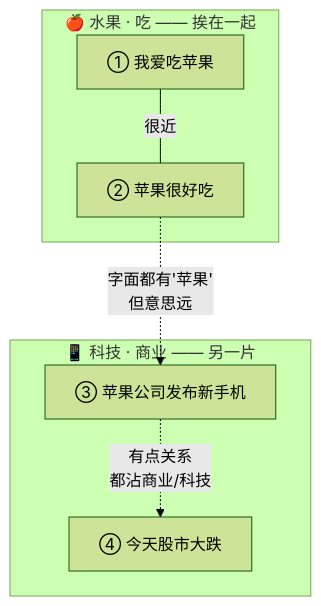
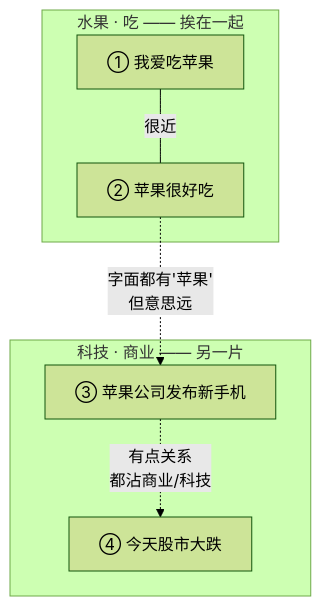
The seventh of 8 diagrams in docs/02_CONCEPTS_概念入门/CONCEPT/[CONCEPT-09] 什么是Embedding-向量.md (luckykhy/KhyAiHub), drawn with Mermaid (forest theme) before and after one commit. The commit also changed other lines of this file and 19 other files, not shown here.

````diff
--- a/docs/02_CONCEPTS_概念入门/CONCEPT/[CONCEPT-09] 什么是Embedding-向量.md
+++ b/docs/02_CONCEPTS_概念入门/CONCEPT/[CONCEPT-09] 什么是Embedding-向量.md
@@ -273,14 +273,14 @@
 ```mermaid
 flowchart TB
-  subgraph 水果区["🍎 水果 · 吃 —— 挨在一起"]
+  subgraph 水果区["水果 · 吃 —— 挨在一起"]
     A["① 我爱吃苹果"]
     B["② 苹果很好吃"]
   end
-  subgraph 科技商业区["📱 科技 · 商业 —— 另一片"]
+  subgraph 科技商业区["科技 · 商业 —— 另一片"]
     C["③ 苹果公司发布新手机"]
     D["④ 今天股市大跌"]
   end
   A ---|很近| B
   C -.->|有点关系<br/>都沾商业/科技| D
   B -.->|字面都有'苹果'<br/>但意思远| C
 ```
````
